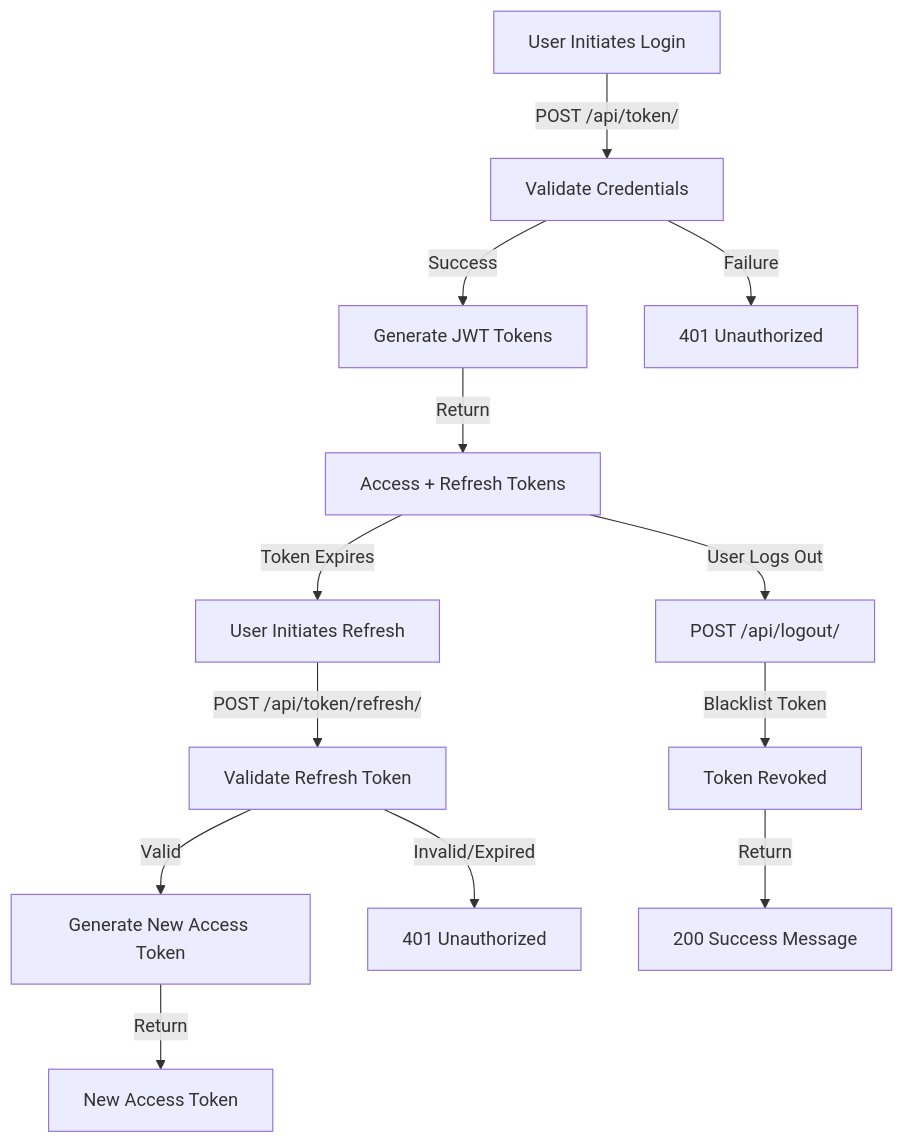
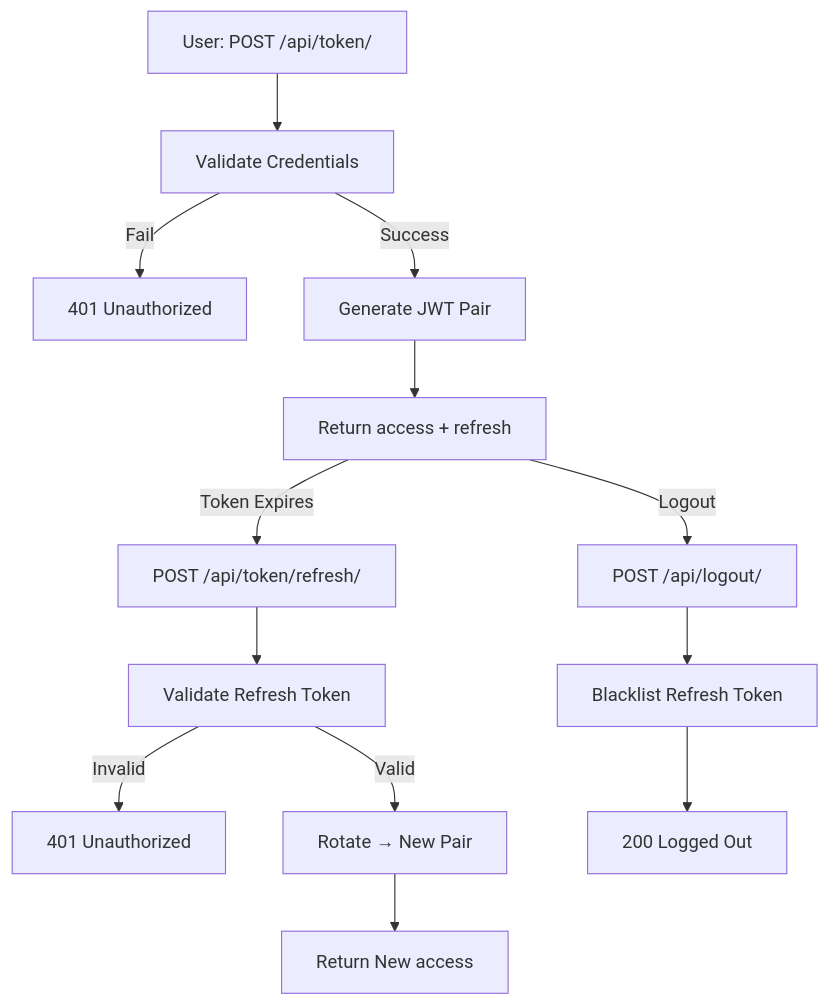
Before and after one commit to RadiantVixen/music-room: the first of 13 diagrams in API_SCHEMAS.md, drawn with Mermaid. The commit also changed other lines of this file and 65 other files, not shown here.

````diff
--- a/API_SCHEMAS.md
+++ b/API_SCHEMAS.md
@@ -94,17 +92,17 @@
 ```mermaid
 graph TD
-    A["User Initiates Login"] -->|POST /api/token/| B["Validate Credentials"]
-    B -->|Success| C["Generate JWT Tokens"]
-    C -->|Return| D["Access + Refresh Tokens"]
-    B -->|Failure| E["401 Unauthorized"]
-    
-    D -->|Token Expires| F["User Initiates Refresh"]
-    F -->|POST /api/token/refresh/| G["Validate Refresh Token"]
-    G -->|Valid| H["Generate New Access Token"]
-    H -->|Return| I["New Access Token"]
-    G -->|Invalid/Expired| J["401 Unauthorized"]
-    
-    D -->|User Logs Out| K["POST /api/logout/"]
-    K -->|Blacklist Token| L["Token Revoked"]
-    L -->|Return| M["200 Success Message"]
+    A["User: POST /api/token/"] --> B["Validate Credentials"]
+    B -->|Fail| C["401 Unauthorized"]
+    B -->|Success| D["Generate JWT Pair"]
+    D --> E["Return access + refresh"]
+
+    E -->|Token Expires| F["POST /api/token/refresh/"]
+    F --> G["Validate Refresh Token"]
+    G -->|Invalid| H["401 Unauthorized"]
+    G -->|Valid| I["Rotate → New Pair"]
+    I --> J["Return New access"]
+
+    E -->|Logout| K["POST /api/logout/"]
+    K --> L["Blacklist Refresh Token"]
+    L --> M["200 Logged Out"]
 ```
````
